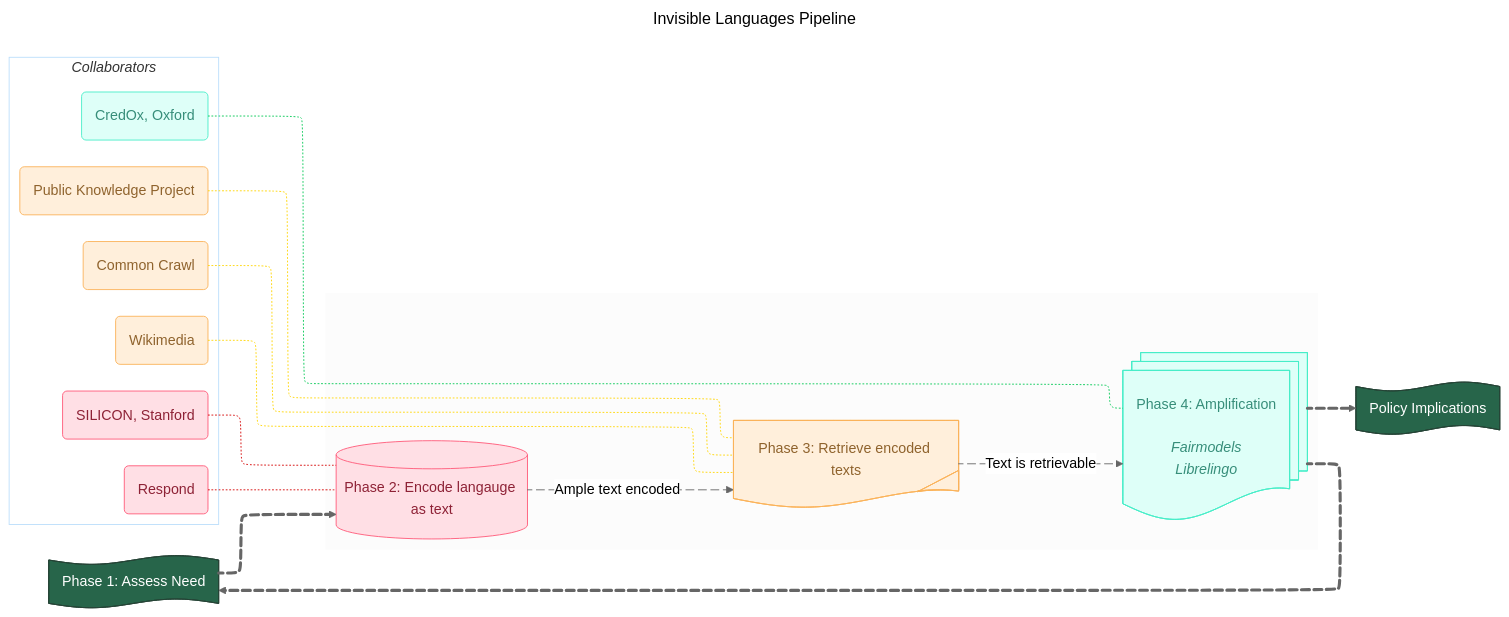
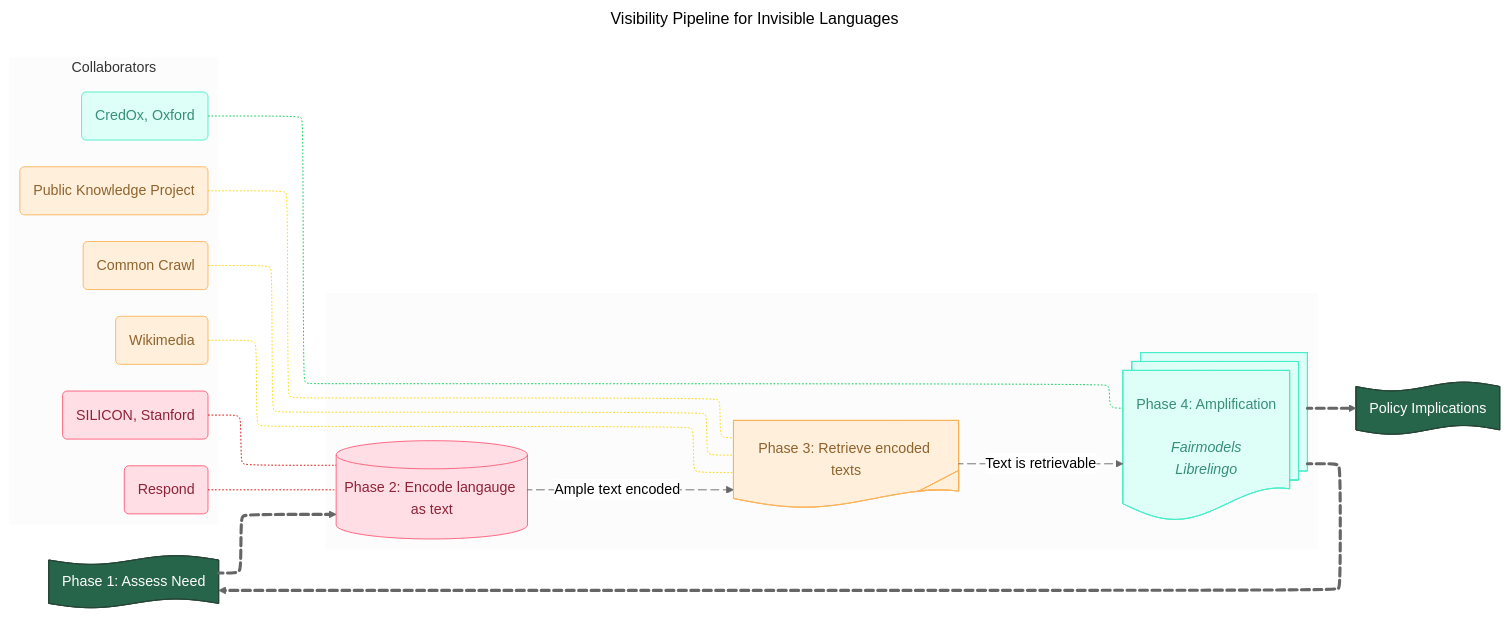
The diagram in README.md (theinvisiblelab/invisible-languages), drawn with Mermaid (neutral theme) before and after one commit. The commit also changed 1 other file, not shown here.

Commit message:
Refine README.md title and collaborator section formatting; update .gitignore to maintain data directory

````diff
--- a/README.md
+++ b/README.md
@@ -8,67 +8,67 @@
 ```mermaid
 ---
 config:
   layout: elk
-title: Invisible Languages Pipeline
+title: Visibility Pipeline for Invisible Languages
 ---
 flowchart LR
- subgraph collabs["<i>Collaborators</i>"]
+ subgraph collabs["Collaborators"]
         C1("SILICON, Stanford")
         C2("CredOx, Oxford")
         C3("Wikimedia")
         C4("Respond")
         C5("Public Knowledge Project")
         C6("Common Crawl")
   end
  subgraph pipeline[" "]
         B["Phase 2: Encode langauge as text<br>"]
         C["Phase 3: Retrieve encoded texts<br>"]
         D["Phase 4: Amplification<br><br><i>Fairmodels<br>Librelingo</i>"]
   end
     A["Phase 1: Assess Need"] L_A_B_0@==> B
     B L_B_C_0@-- Ample text encoded --> C
     C L_C_D_0@-- Text is retrievable --> D
     D L_D_A_0@==> A & Policy["Policy Implications"]
     C1 -..- B
     C4 -..- B
     C3 -..- C
     C6 -..- C
     C5 -..- C
     C2 -..- D
 
     B@{ shape: db}
     C@{ shape: tag-doc}
     D@{ shape: docs}
     A@{ shape: paper-tape}
     Policy@{ shape: paper-tape}
      C1:::Rose
      C2:::Aqua
      C3:::Peach
      C4:::Rose
      C5:::Peach
      C6:::Peach
      B:::Rose
      C:::Peach
      D:::Aqua
      A:::Pine
      Policy:::Pine
     classDef Sky stroke-width:1px, stroke-dasharray:none, stroke:#374D7C, fill:#E2EBFF, color:#374D7C
     classDef Aqua stroke-width:1px, stroke-dasharray:none, stroke:#46EDC8, fill:#DEFFF8, color:#378E7A
     classDef Rose stroke-width:1px, stroke-dasharray:none, stroke:#FF5978, fill:#FFDFE5, color:#8E2236
     classDef Peach stroke-width:1px, stroke-dasharray:none, stroke:#FBB35A, fill:#FFEFDB, color:#8F632D
     classDef Pine stroke-width:1px, stroke-dasharray:none, stroke:#254336, fill:#27654A, color:#FFFFFF
-    style collabs stroke:#BBDEFB,fill:#FFFFFF
+    style collabs stroke:none
     style pipeline stroke:none
     linkStyle 5 stroke:#D50000,fill:none
     linkStyle 6 stroke:#D50000,fill:none
     linkStyle 7 stroke:#FFD600,fill:none
     linkStyle 8 stroke:#FFD600,fill:none
     linkStyle 9 stroke:#FFD600,fill:none
     linkStyle 10 stroke:#00C853,fill:none
 
     L_A_B_0@{ animation: slow } 
     L_B_C_0@{ animation: slow } 
     L_C_D_0@{ animation: slow } 
     L_D_A_0@{ animation: slow } 
     L_D_Policy_0@{ animation: slow }
 ```
````
